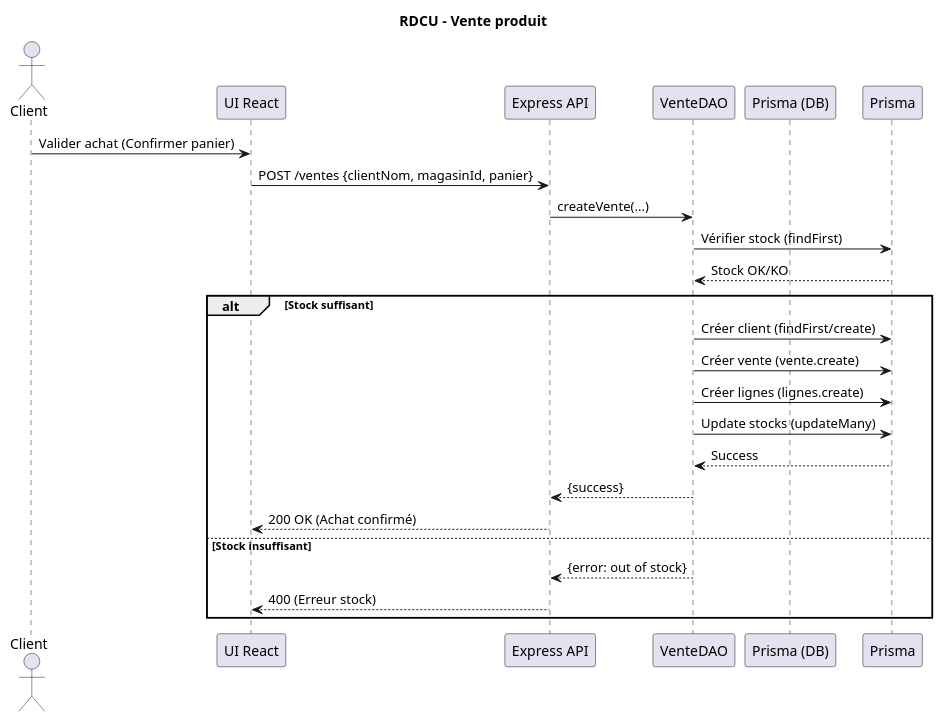
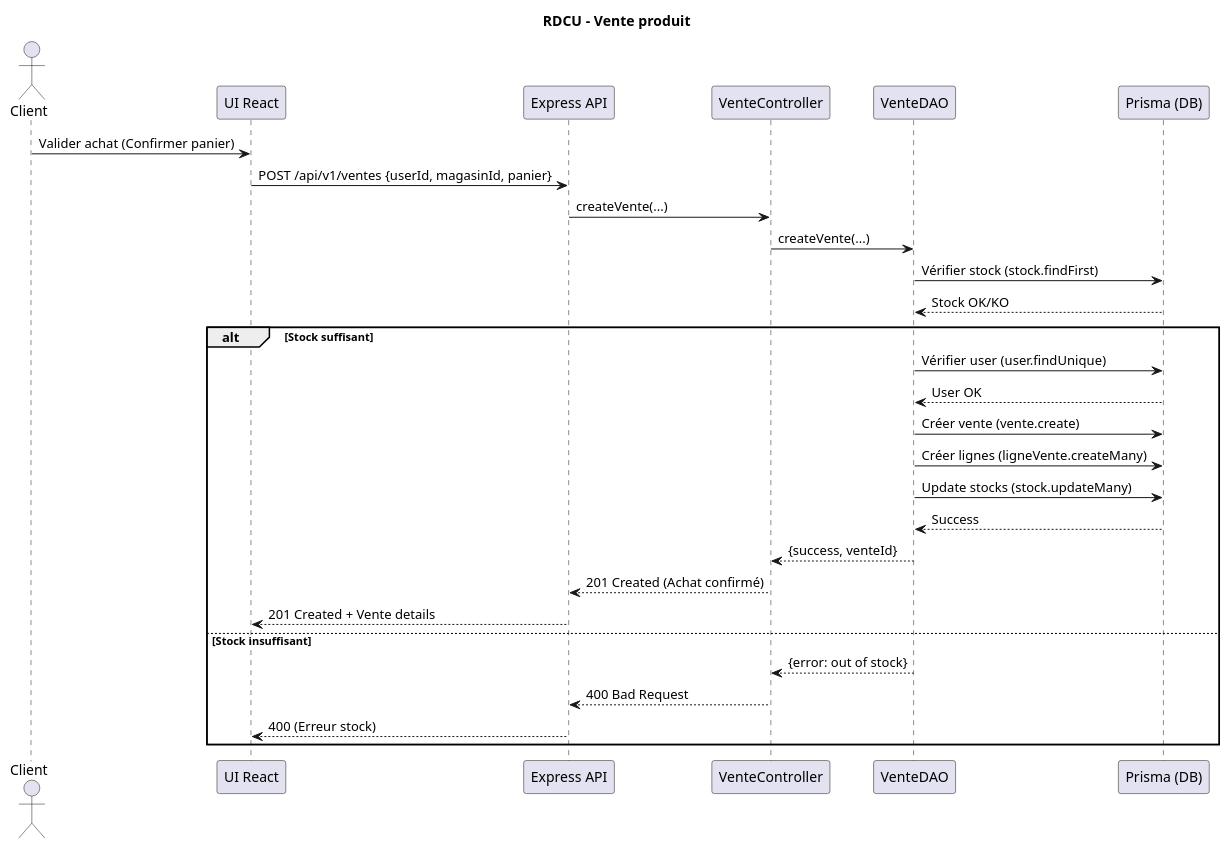
One commit to Minh-Khoi-Le/log430-lab2 changed the diagram in docs/UML/RDCU-Vente.puml. Above: the diagram before and after it, drawn with PlantUML. The commit also changed 29 other files, not shown here.

```diff
--- a/docs/UML/RDCU-Vente.puml
+++ b/docs/UML/RDCU-Vente.puml
@@ -1,28 +1,33 @@
 @startuml RDCU Vente
 
 title RDCU - Vente produit
 
 actor Client
 participant "UI React" as Frontend
 participant "Express API" as Backend
-participant "VenteDAO"
-participant "Prisma (DB)"
+participant "VenteController" as Controller
+participant "VenteDAO" as DAO
+participant "Prisma (DB)" as DB
 
 Client -> Frontend : Valider achat (Confirmer panier)
-Frontend -> Backend : POST /ventes {clientNom, magasinId, panier}
-Backend -> VenteDAO : createVente(...)
-VenteDAO -> Prisma : Vérifier stock (findFirst)
-Prisma --> VenteDAO : Stock OK/KO
+Frontend -> Backend : POST /api/v1/ventes {userId, magasinId, panier}
+Backend -> Controller : createVente(...)
+Controller -> DAO : createVente(...)
+DAO -> DB : Vérifier stock (stock.findFirst)
+DB --> DAO : Stock OK/KO
 alt Stock suffisant
-  VenteDAO -> Prisma : Créer client (findFirst/create)
-  VenteDAO -> Prisma : Créer vente (vente.create)
-  VenteDAO -> Prisma : Créer lignes (lignes.create)
-  VenteDAO -> Prisma : Update stocks (updateMany)
-  Prisma --> VenteDAO : Success
-  VenteDAO --> Backend : {success}
-  Backend --> Frontend : 200 OK (Achat confirmé)
+  DAO -> DB : Vérifier user (user.findUnique)
+  DB --> DAO : User OK
+  DAO -> DB : Créer vente (vente.create)
+  DAO -> DB : Créer lignes (ligneVente.createMany)
+  DAO -> DB : Update stocks (stock.updateMany)
+  DB --> DAO : Success
+  DAO --> Controller : {success, venteId}
+  Controller --> Backend : 201 Created (Achat confirmé)
+  Backend --> Frontend : 201 Created + Vente details
 else Stock insuffisant
-  VenteDAO --> Backend : {error: out of stock}
+  DAO --> Controller : {error: out of stock}
+  Controller --> Backend : 400 Bad Request
   Backend --> Frontend : 400 (Erreur stock)
 end
 @enduml
```
